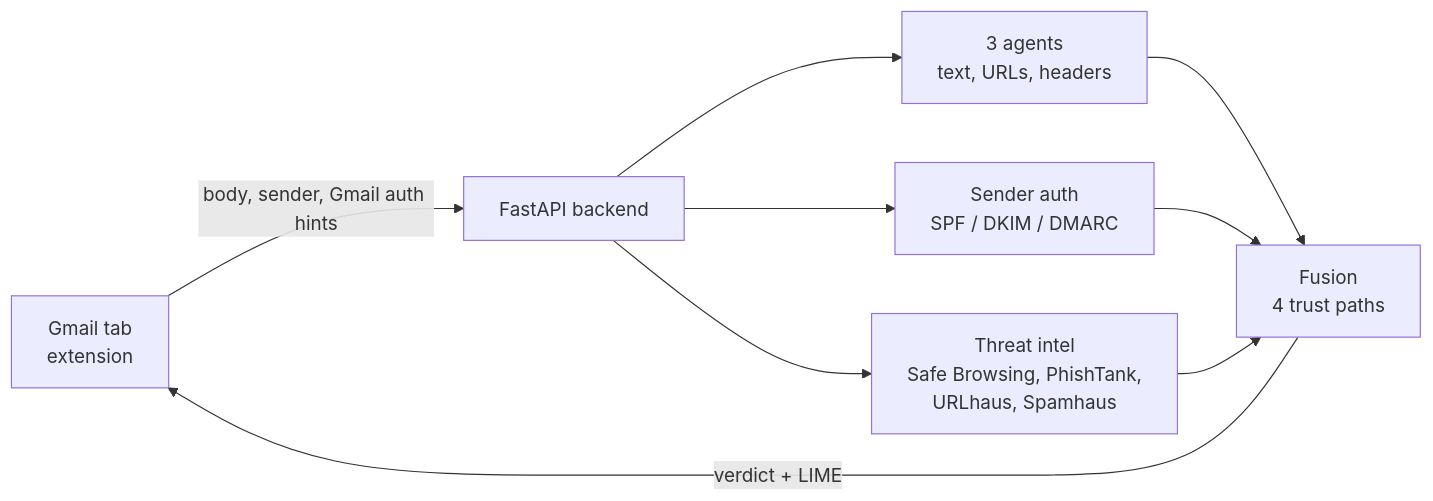
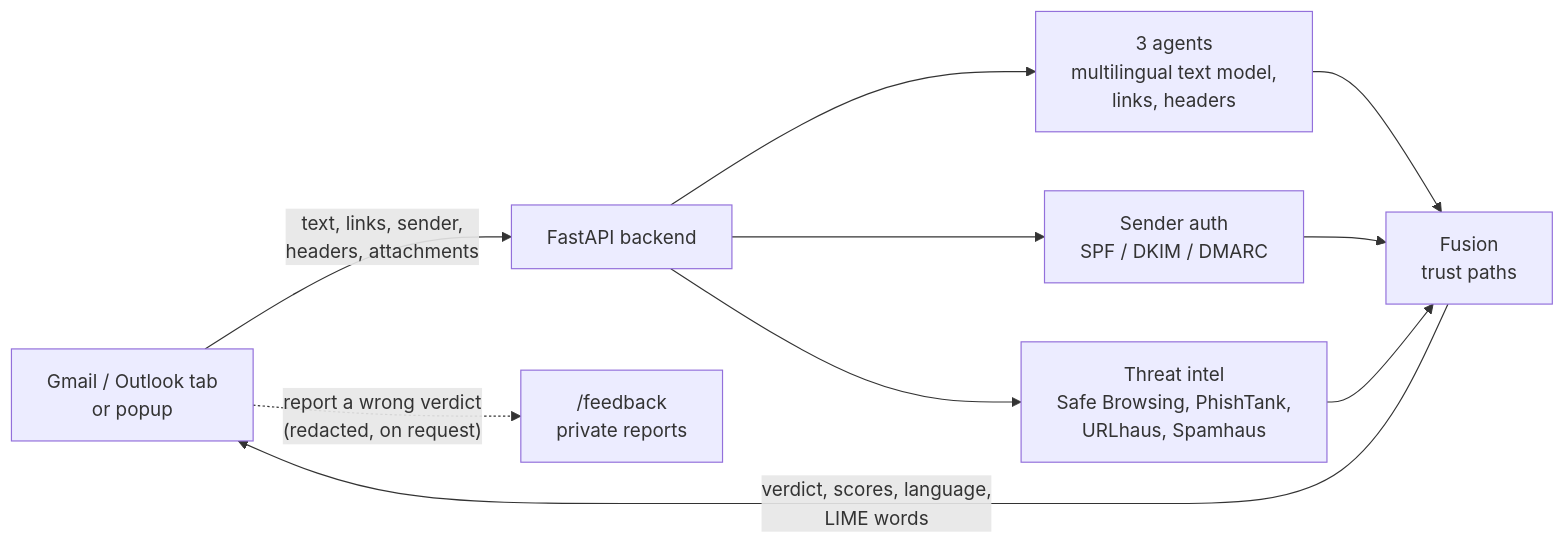
One commit to AnzouK/PhishLens changed the diagram in README.md. Above: the diagram before and after it, drawn with Mermaid. The commit also changed other lines of this file and 5 other files, not shown here.

Commit message:
docs: how the multilingual text model was built and measured; diagrams for language detection and reports

````diff
--- a/README.md
+++ b/README.md
@@ -66,9 +66,10 @@
 ```mermaid
 flowchart LR
-    G["Gmail tab<br/>extension"] -->|body, sender, Gmail auth hints| API["FastAPI backend"]
-    API --> A["3 agents<br/>text, URLs, headers"]
+    G["Gmail / Outlook tab<br/>or popup"] -->|text, links, sender,<br/>headers, attachments| API["FastAPI backend"]
+    API --> A["3 agents<br/>multilingual text model,<br/>links, headers"]
     API --> S["Sender auth<br/>SPF / DKIM / DMARC"]
     API --> R["Threat intel<br/>Safe Browsing, PhishTank,<br/>URLhaus, Spamhaus"]
-    A & S & R --> F["Fusion<br/>4 trust paths"]
-    F -->|verdict + LIME| G
+    A & S & R --> F["Fusion<br/>trust paths"]
+    F -->|verdict, scores, language,<br/>LIME words| G
+    G -. "report a wrong verdict<br/>(redacted, on request)" .-> FB["/feedback<br/>private reports"]
 ```
````
